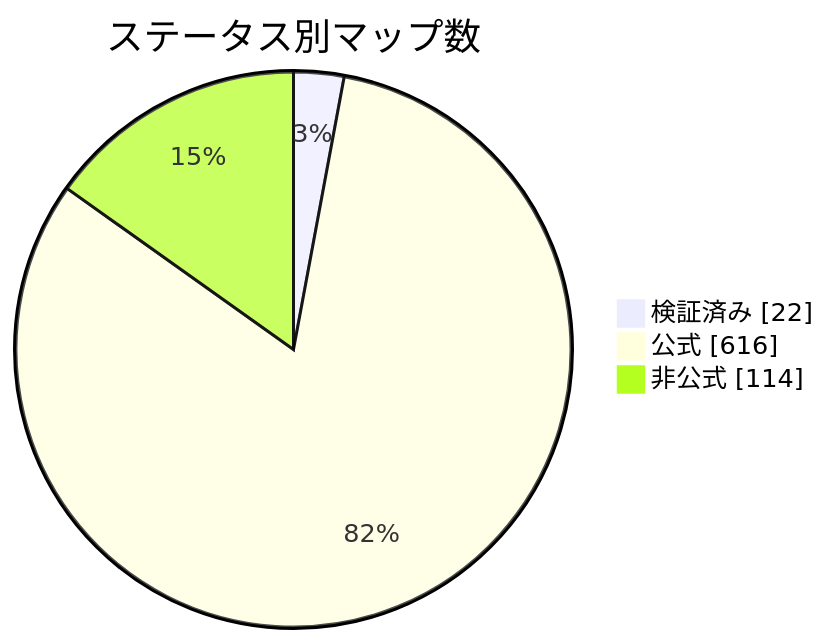
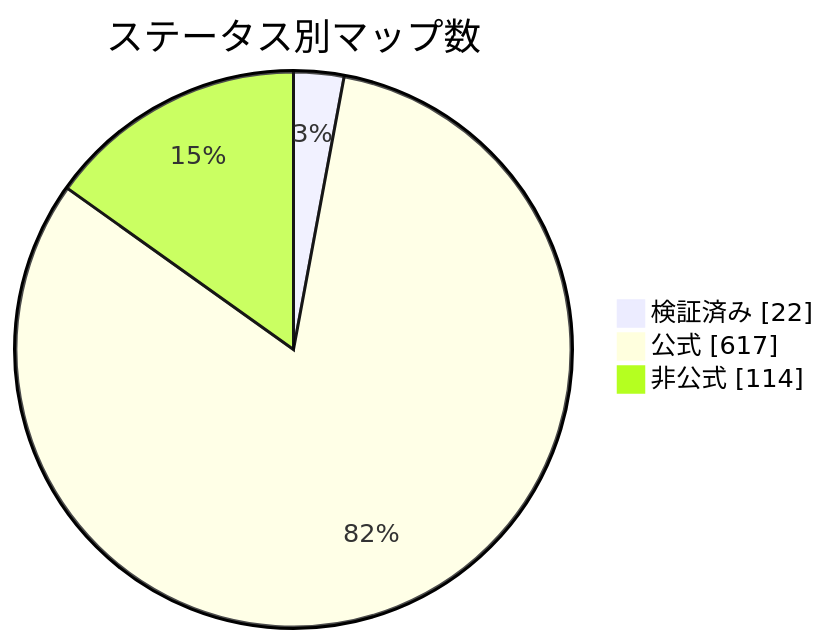
Before and after one commit to nobrega8/mbmap-library: the diagram in docs/readme/README_JP.md, drawn with Mermaid. The commit also changed 6 other files, not shown here.

````diff
--- a/docs/readme/README_JP.md
+++ b/docs/readme/README_JP.md
@@ -54,7 +54,7 @@
 ```mermaid
 pie showData
     title ステータス別マップ数
     "検証済み" : 22
-    "公式" : 616
+    "公式" : 617
     "非公式" : 114
 ```
````
